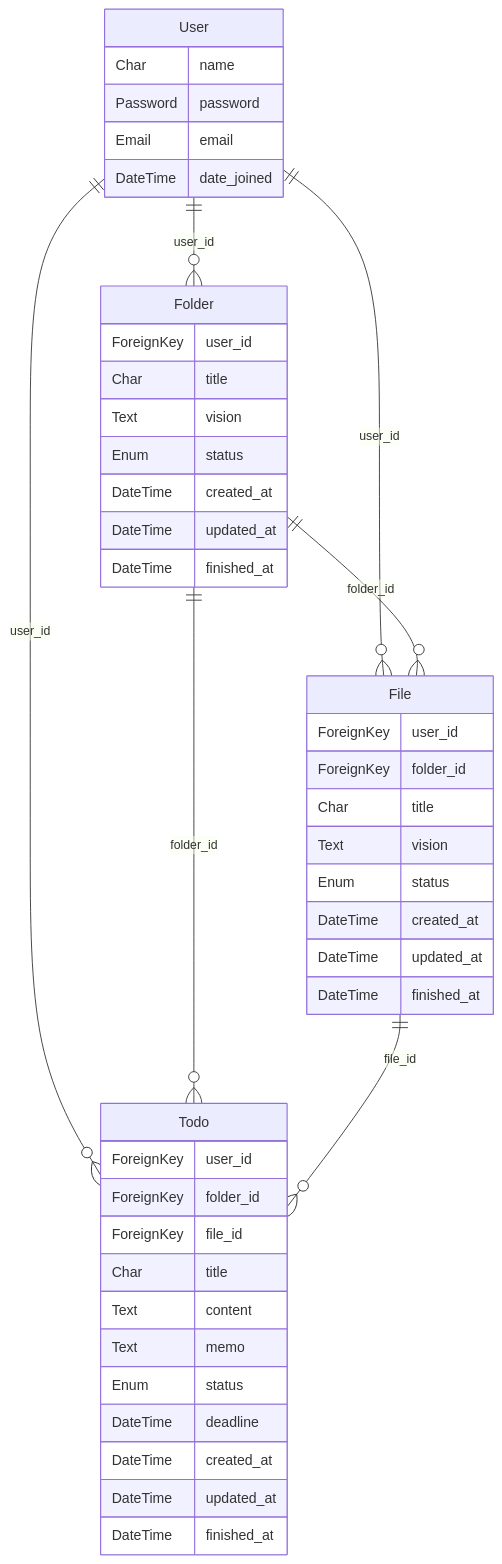
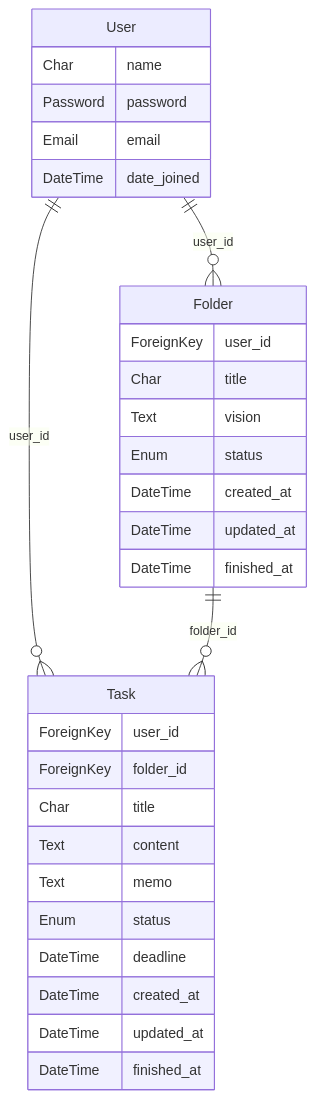
The diagram in backend/README.md (riko-okubo/accomplish), drawn with Mermaid before and after one commit. The commit also changed 1 other file, not shown here.

Commit message:
修正

````diff
--- a/backend/README.md
+++ b/backend/README.md
@@ -1,53 +1,37 @@
 ```mermaid
 erDiagram
     User ||--o{Folder: "user_id"
 
-    User ||--o{File: "user_id"
-    Folder ||--o{File: "folder_id"
-
-    User ||--o{Todo: "user_id"
-    Folder ||--o{Todo: "folder_id"
-    File ||--o{Todo: "file_id"
+    User ||--o{Task: "user_id"
+    Folder ||--o{Task: "folder_id"
 
     User {
         Char name
         Password password
         Email email
         DateTime date_joined
     }
 
     Folder {
         ForeignKey user_id
         Char title
         Text vision
         Enum status
         DateTime created_at
         DateTime updated_at
         DateTime finished_at
     }
 
-    File {
+    Task {
         ForeignKey user_id
         ForeignKey folder_id
-        Char title
-        Text vision
-        Enum status
-        DateTime created_at
-        DateTime updated_at
-        DateTime finished_at
-    }
-
-    Todo {
-        ForeignKey user_id
-        ForeignKey folder_id
-        ForeignKey file_id
         Char title
         Text content
         Text memo
         Enum status
         DateTime deadline
         DateTime created_at
         DateTime updated_at
         DateTime finished_at
     }
 ```
````
